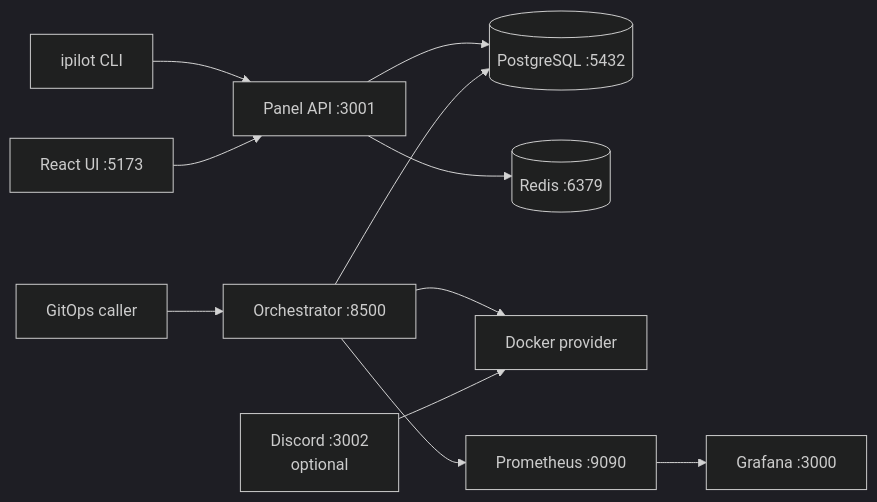
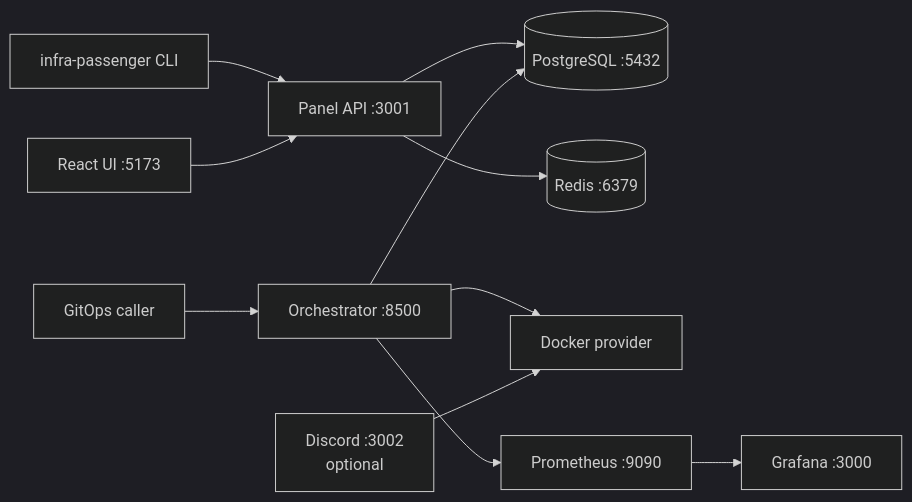
Before and after one commit to drosemann/infra-pilot: the diagram in README.md, drawn with Mermaid (dark theme). The commit also changed other lines of this file and 199 other files, not shown here.

Commit message:
feat(branding): rebrand as infra-passenger

````diff
--- a/README.md
+++ b/README.md
@@ -101,13 +127,13 @@
 ```mermaid
 flowchart LR
-  CLI["ipilot CLI"] --> PanelAPI["Panel API :3001"]
+  CLI["infra-passenger CLI"] --> PanelAPI["Panel API :3001"]
   UI["React UI :5173"] --> PanelAPI
   PanelAPI --> PG[("PostgreSQL :5432")]
   PanelAPI --> RD[("Redis :6379")]
   CI["GitOps caller"] --> ORCH["Orchestrator :8500"]
   ORCH --> PG
   ORCH --> DOCKER["Docker provider"]
   ORCH --> PROM["Prometheus :9090"]
   PROM --> GRAF["Grafana :3000"]
   DISC["Discord :3002\noptional"] --> DOCKER
 ```
````
